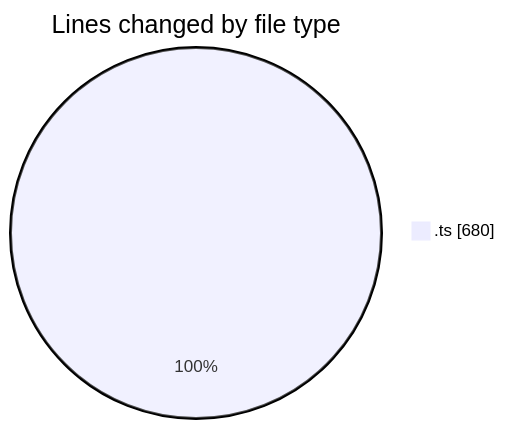
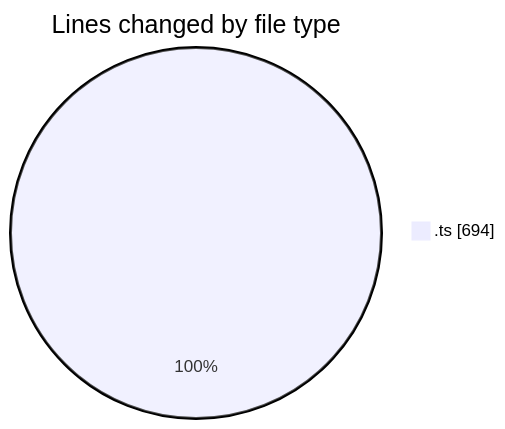
Before and after one commit to ricardozamudiocil/code-tracking: the first of 2 diagrams in 2026-09-17/cilwebcustomercomunicationfront/README.md, drawn with Mermaid. The commit also changed other lines of this file and 1 other file, not shown here.

````diff
--- a/2026-09-17/cilwebcustomercomunicationfront/README.md
+++ b/2026-09-17/cilwebcustomercomunicationfront/README.md
@@ -21,5 +21,5 @@
 ```mermaid
 pie showData
 title Lines changed by file type
-".ts" : 680
+".ts" : 694
 ```
````
